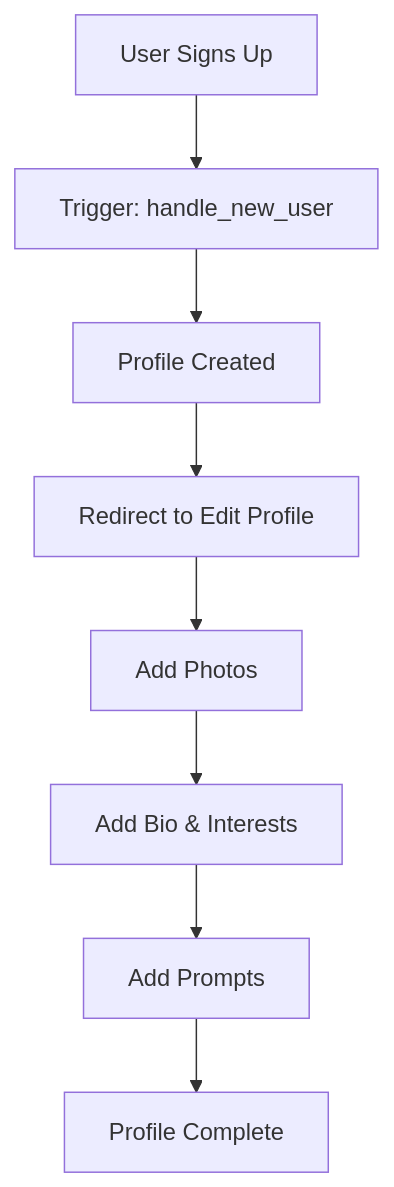
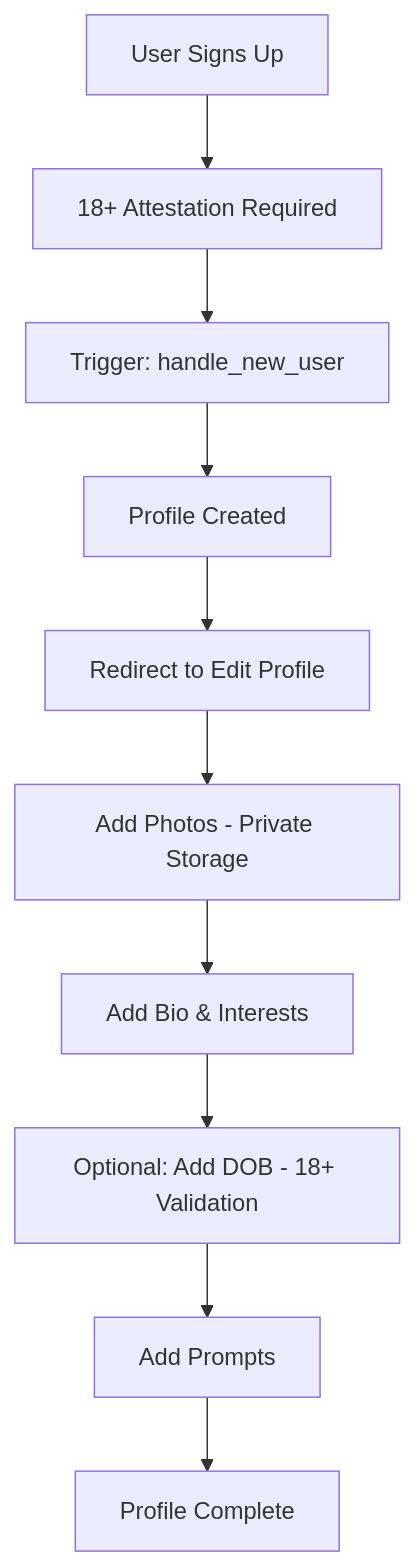
One commit to ketochiesesoyyo/konfetti-capacitor-integration changed the first of 7 diagrams in PRODUCT_REQUIREMENTS_DOCUMENT.md. Above: the diagram before and after it, drawn with Mermaid. The commit also changed other lines of this file, not shown here.

````diff
--- a/PRODUCT_REQUIREMENTS_DOCUMENT.md
+++ b/PRODUCT_REQUIREMENTS_DOCUMENT.md
@@ -836,10 +1112,12 @@
 ```mermaid
 graph TD
-    A[User Signs Up] --> B[Trigger: handle_new_user]
-    B --> C[Profile Created]
-    C --> D[Redirect to Edit Profile]
-    D --> E[Add Photos]
-    E --> F[Add Bio & Interests]
-    F --> G[Add Prompts]
-    G --> H[Profile Complete]
+    A[User Signs Up] --> B[18+ Attestation Required]
+    B --> C[Trigger: handle_new_user]
+    C --> D[Profile Created]
+    D --> E[Redirect to Edit Profile]
+    E --> F[Add Photos - Private Storage]
+    F --> G[Add Bio & Interests]
+    G --> H[Optional: Add DOB - 18+ Validation]
+    H --> I[Add Prompts]
+    I --> J[Profile Complete]
 ```
````
